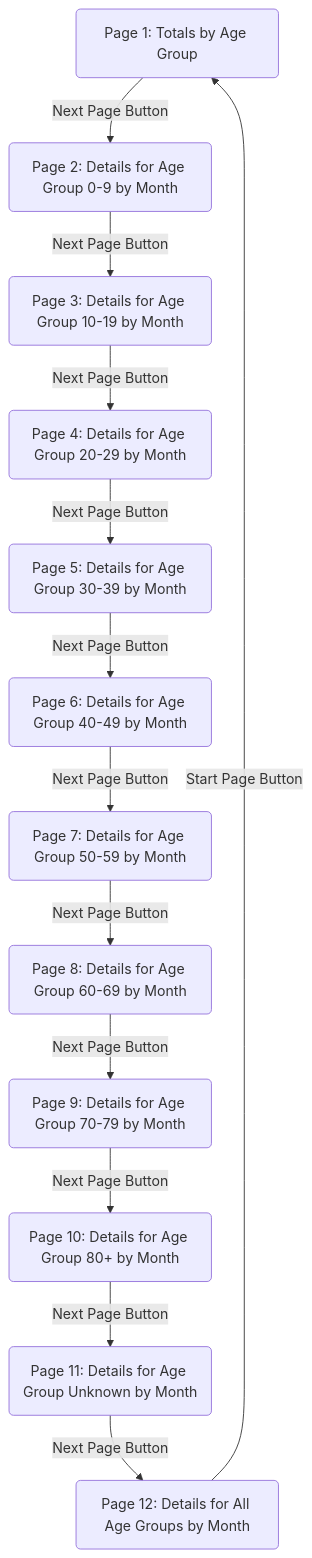
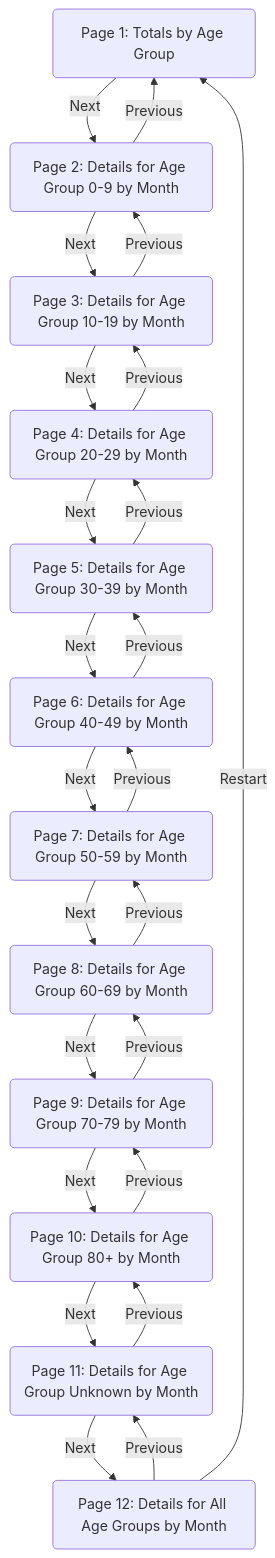
The second of 2 diagrams in readme.md (desoumyadeep/narative_visualization), drawn with Mermaid before and after one commit. The commit also changed other lines of this file and 11 other files, not shown here.

````diff
--- a/readme.md
+++ b/readme.md
@@ -126,15 +160,26 @@
 ```mermaid
 graph TD;
-	P1(Page 1: Totals by Age Group) -->|Next Page Button|P2(Page 2: Details for Age Group 0-9 by Month)
-	P2 -->|Next Page Button| P3(Page 3: Details for Age Group 10-19 by Month)
-	P3 -->|Next Page Button| P4(Page 4: Details for Age Group 20-29 by Month)
-	P4 -->|Next Page Button| P5(Page 5: Details for Age Group 30-39 by Month)
-	P5 -->|Next Page Button| P6(Page 6: Details for Age Group 40-49 by Month)
-	P6 -->|Next Page Button| P7(Page 7: Details for Age Group 50-59 by Month)
-	P7 -->|Next Page Button| P8(Page 8: Details for Age Group 60-69 by Month)
-	P8 -->|Next Page Button| P9(Page 9: Details for Age Group 70-79 by Month)
-	P9 -->|Next Page Button| P10(Page 10: Details for Age Group 80+ by Month)
-	P10 -->|Next Page Button| P11(Page 11: Details for Age Group Unknown by Month)
-	P11 -->|Next Page Button| P12(Page 12: Details for All Age Groups by Month)
-	P12 -->|Start Page Button| P1
+	P1(Page 1: Totals by Age Group) -->|Next|P2(Page 2: Details for Age Group 0-9 by Month)
+	P2 -->|Previous|P1
+	P2 -->|Next| P3(Page 3: Details for Age Group 10-19 by Month)
+	P3 -->|Previous|P2
+	P3 -->|Next| P4(Page 4: Details for Age Group 20-29 by Month)
+	P4 -->|Previous|P3
+	P4 -->|Next| P5(Page 5: Details for Age Group 30-39 by Month)
+	P5 -->|Previous|P4
+	P5 -->|Next| P6(Page 6: Details for Age Group 40-49 by Month)
+	P6 -->|Previous|P5
+	P6 -->|Next| P7(Page 7: Details for Age Group 50-59 by Month)
+	P7 -->|Previous|P6
+	P7 -->|Next| P8(Page 8: Details for Age Group 60-69 by Month)
+	P8 -->|Previous|P7
+	P8 -->|Next| P9(Page 9: Details for Age Group 70-79 by Month)
+	P9 -->|Previous|P8
+	P9 -->|Next| P10(Page 10: Details for Age Group 80+ by Month)
+	P10 -->|Previous|P9
+	P10 -->|Next| P11(Page 11: Details for Age Group Unknown by Month)
+	P11 -->|Previous|P10
+	P11 -->|Next| P12(Page 12: Details for All Age Groups by Month)
+	P12 -->|Previous|P11
+	P12 -->|Restart| P1
 ```
````
